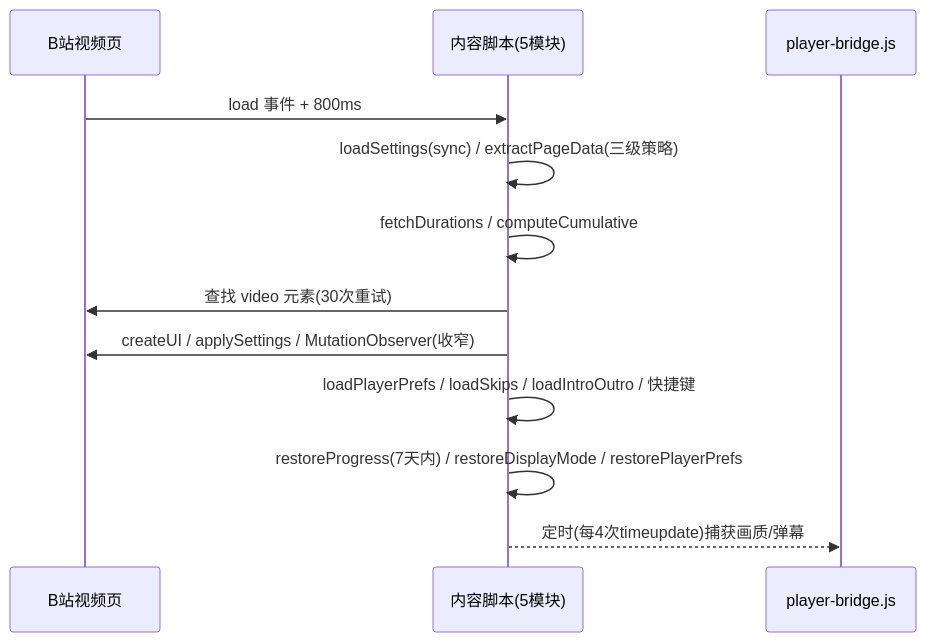
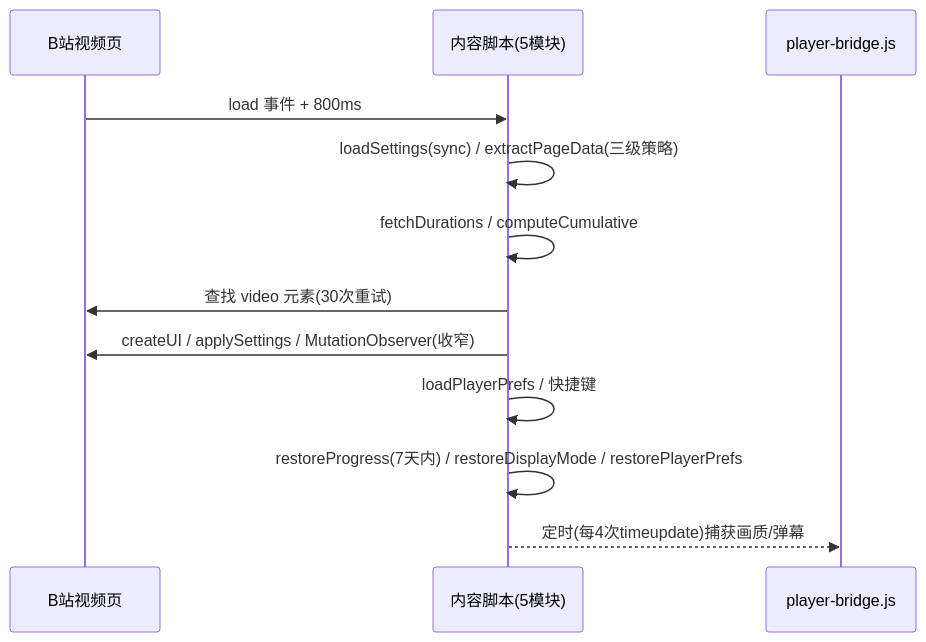
One commit to foggy-m/bilibili-cinema-mode changed the second of 5 diagrams in CODE_WIKI.md. Above: the diagram before and after it, drawn with Mermaid. The commit also changed other lines of this file and 15 other files, not shown here.

````diff
--- a/CODE_WIKI.md
+++ b/CODE_WIKI.md
@@ -698,15 +679,15 @@
 ```mermaid
 sequenceDiagram
     participant Page as B站视频页
     participant C as 内容脚本(5模块)
     participant P as player-bridge.js
 
     Page->>C: load 事件 + 800ms
     C->>C: loadSettings(sync) / extractPageData(三级策略)
     C->>C: fetchDurations / computeCumulative
     C->>Page: 查找 video 元素(30次重试)
     C->>Page: createUI / applySettings / MutationObserver(收窄)
-    C->>C: loadPlayerPrefs / loadSkips / loadIntroOutro / 快捷键
+    C->>C: loadPlayerPrefs / 快捷键
     C->>C: restoreProgress(7天内) / restoreDisplayMode / restorePlayerPrefs
     C-->>P: 定时(每4次timeupdate)捕获画质/弹幕
 ```
````
